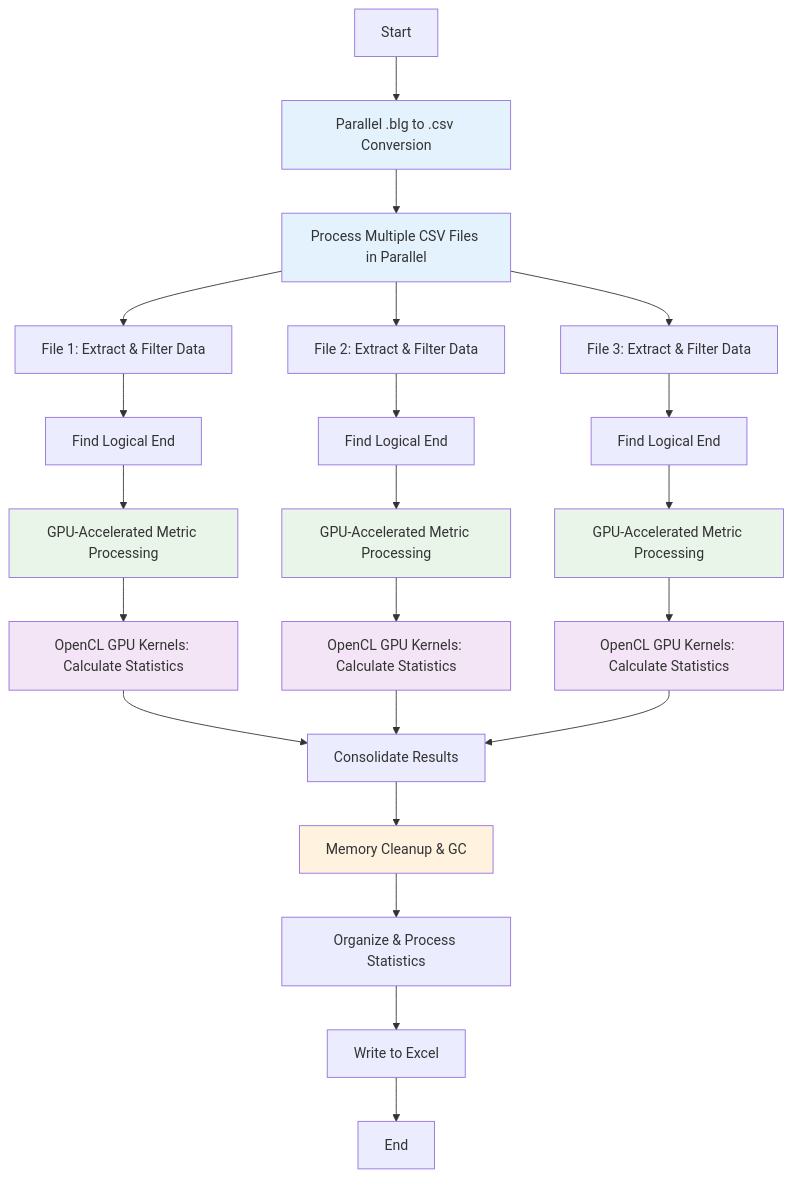
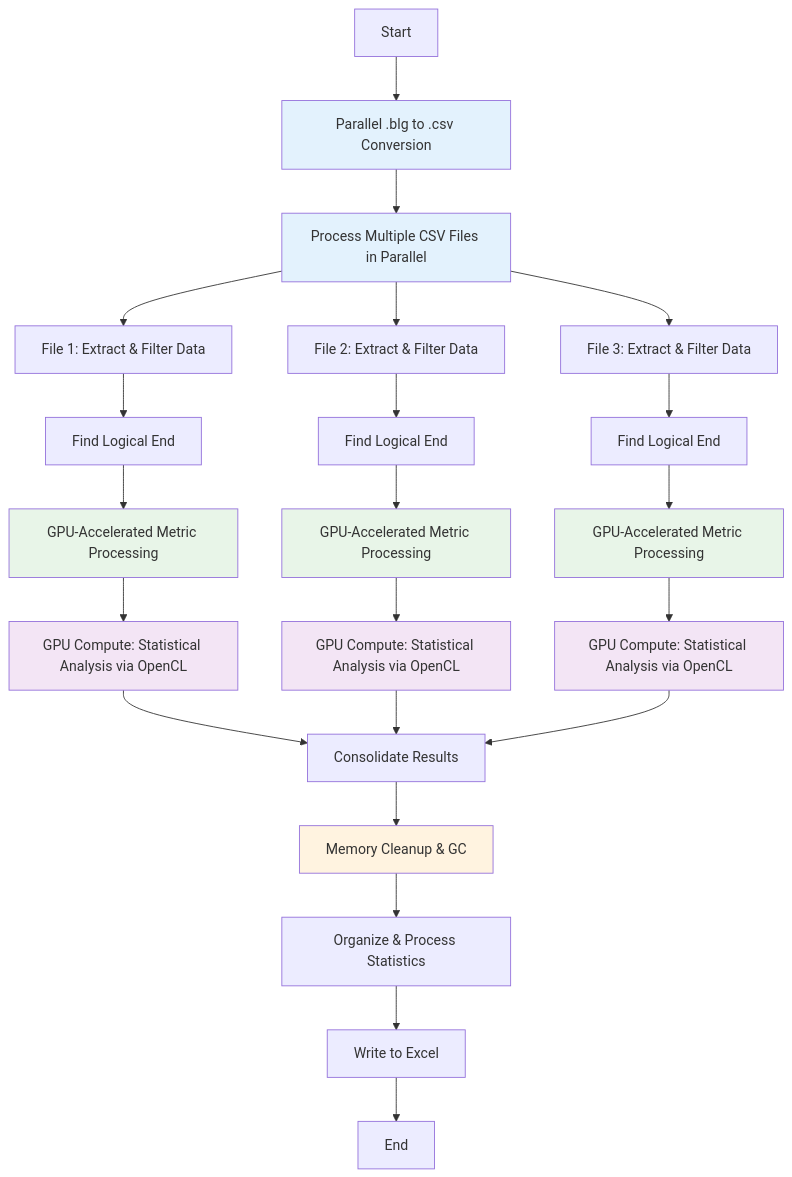
One commit to Mahesh-MSFT/perfmon-analysis changed the third of 3 diagrams in README.md. Above: the diagram before and after it, drawn with Mermaid.

Commit message:
refactor: Update flowchart labels for GPU processing to enhance clarity

````diff
--- a/README.md
+++ b/README.md
@@ -151,40 +151,40 @@
 ```mermaid
 flowchart TD
     A[Start] --> B[Parallel .blg to .csv Conversion]
     B --> C[Process Multiple CSV Files in Parallel]
     
     C --> D1[File 1: Extract & Filter Data]
     C --> D2[File 2: Extract & Filter Data] 
     C --> D3[File 3: Extract & Filter Data]
     
     D1 --> E1[Find Logical End]
     D2 --> E2[Find Logical End]
     D3 --> E3[Find Logical End]
     
     E1 --> F1[GPU-Accelerated Metric Processing]
     E2 --> F2[GPU-Accelerated Metric Processing]
     E3 --> F3[GPU-Accelerated Metric Processing]
     
-    F1 --> G1[OpenCL GPU Kernels: Calculate Statistics]
-    F2 --> G2[OpenCL GPU Kernels: Calculate Statistics]
-    F3 --> G3[OpenCL GPU Kernels: Calculate Statistics]
+    F1 --> G1[GPU Compute: Statistical Analysis via OpenCL]
+    F2 --> G2[GPU Compute: Statistical Analysis via OpenCL]
+    F3 --> G3[GPU Compute: Statistical Analysis via OpenCL]
     
     G1 --> H[Consolidate Results]
     G2 --> H
     G3 --> H
     
     H --> I[Memory Cleanup & GC]
     I --> J[Organize & Process Statistics]
     J --> K[Write to Excel]
     K --> L[End]
     
     style B fill:#e3f2fd
     style C fill:#e3f2fd
     style F1 fill:#e8f5e8
     style F2 fill:#e8f5e8
     style F3 fill:#e8f5e8
     style G1 fill:#f3e5f5
     style G2 fill:#f3e5f5
     style G3 fill:#f3e5f5
     style I fill:#fff3e0
 ```
````
